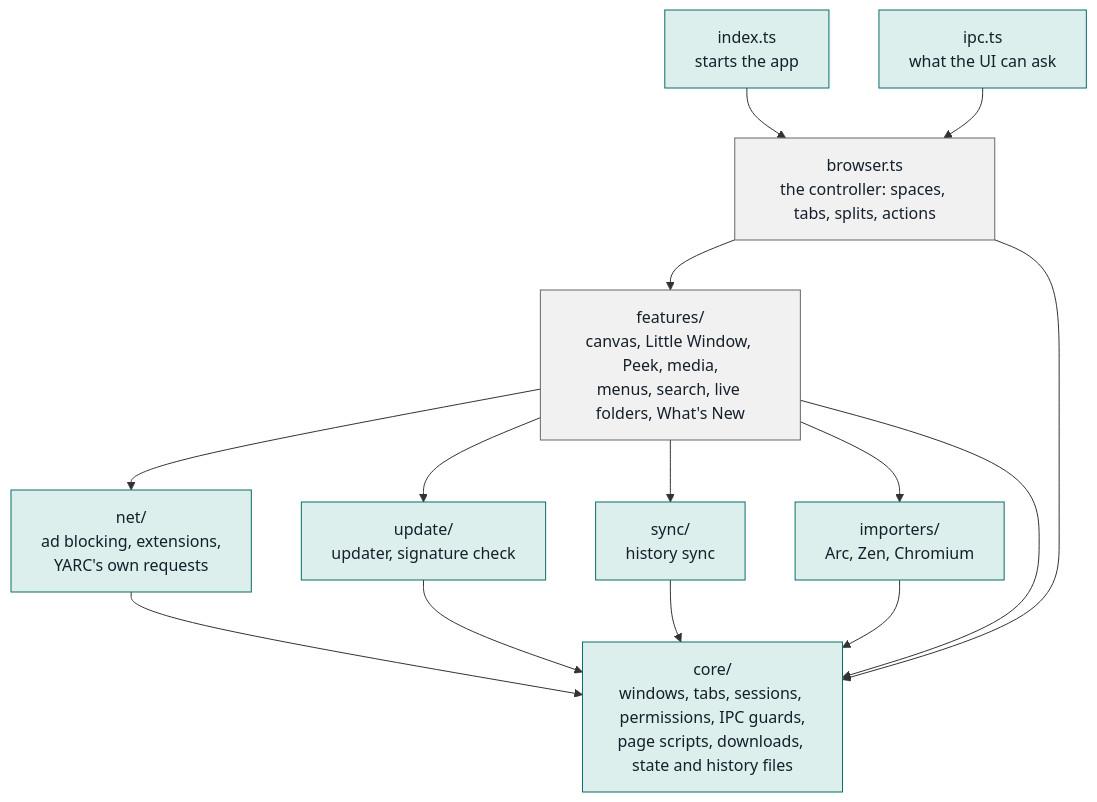
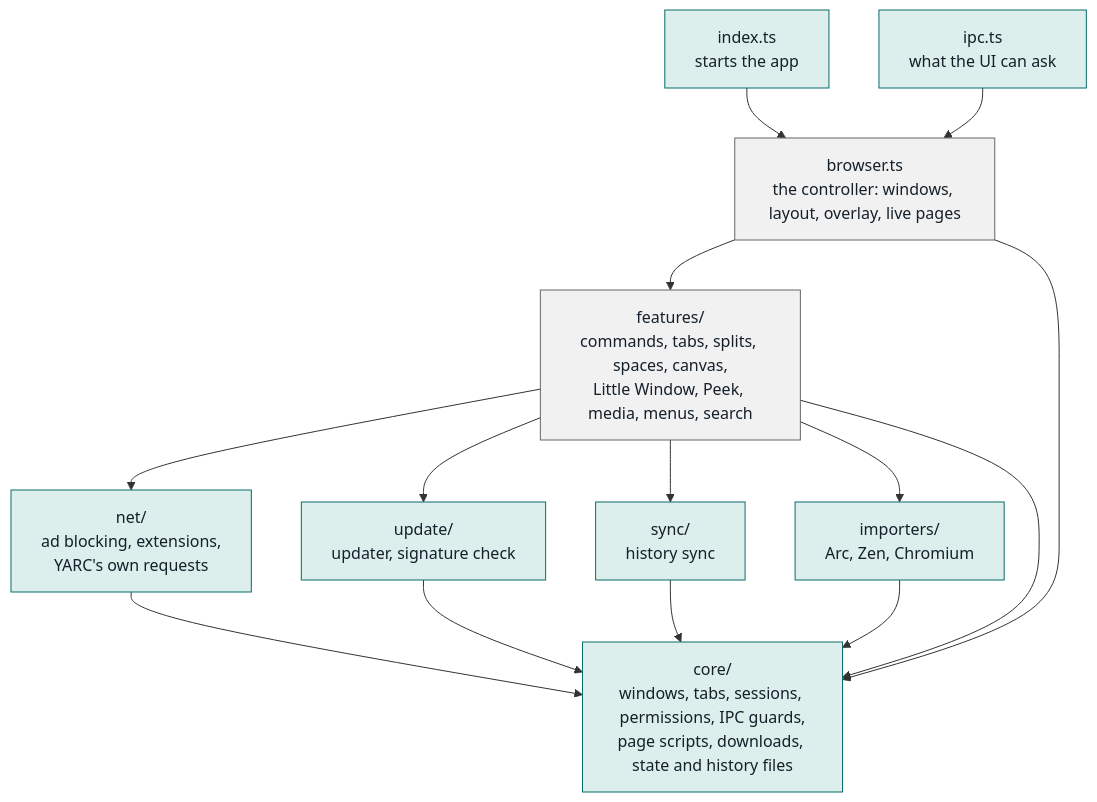
Before and after one commit to krlmrr/yarc: the second of 2 diagrams in docs/architecture.md, drawn with Mermaid. The commit also changed other lines of this file and 10 other files, not shown here.

First line of the commit message:
Split the controller: commands, tabs, splits, spaces and What's New get their own files (#177)

````diff
--- a/docs/architecture.md
+++ b/docs/architecture.md
@@ -46,23 +46,23 @@
 ```mermaid
 flowchart TB
   index[index.ts<br>starts the app] --> browser
-  browser[browser.ts<br>the controller: spaces, tabs, splits, actions] --> features
+  browser[browser.ts<br>the controller: windows, layout, overlay, live pages] --> features
   ipc[ipc.ts<br>what the UI can ask] --> browser
-  features[features/<br>canvas, Little Window, Peek, media,<br>menus, search, live folders, What's New]
+  features[features/<br>commands, tabs, splits, spaces, canvas,<br>Little Window, Peek, media, menus, search]
   features --> net
   features --> update
   features --> sync
   features --> importers
   net[net/<br>ad blocking, extensions,<br>YARC's own requests] --> core
   update[update/<br>updater, signature check] --> core
   sync[sync/<br>history sync] --> core
   importers[importers/<br>Arc, Zen, Chromium] --> core
   browser --> core
   features --> core
   core[core/<br>windows, tabs, sessions, permissions, IPC guards,<br>page scripts, downloads, state and history files]
 
   classDef sensitive fill:#dcefec,stroke:#0a6c6a,color:#15202b
   classDef open fill:#f1f1f1,stroke:#666,color:#15202b
   class core,net,update,sync,importers,index,ipc sensitive
   class browser,features open
 ```
````
